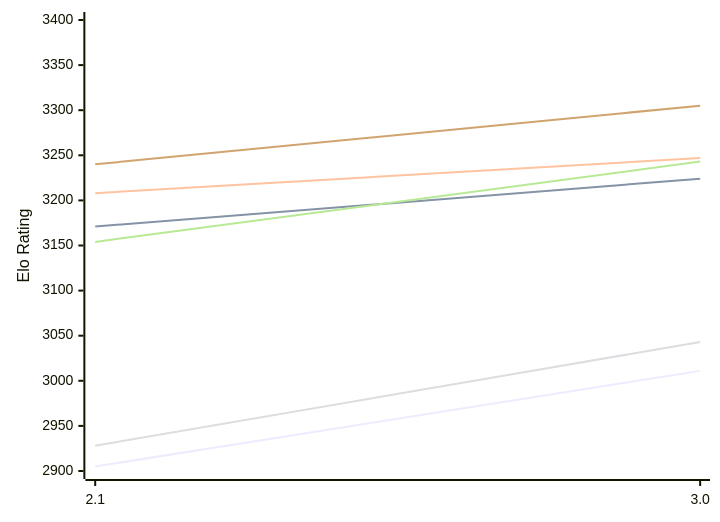
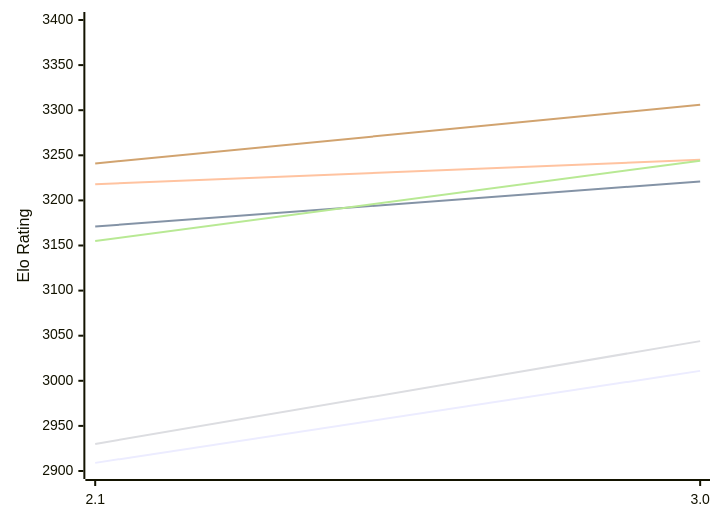
Before and after one commit to computer-chess-index/cci: the first of 2 diagrams in engines/Quirky.md, drawn with Mermaid. The commit also changed other lines of this file, not shown here.

Commit message:
Update CCI Ratings (ELO VLTC) - 2026-11-28

````diff
--- a/engines/Quirky.md
+++ b/engines/Quirky.md
@@ -50,12 +50,12 @@
 ```mermaid
 %%{init: {"theme":"base","themeVariables":{"seriesColors:['#a3a3a3','#222221','#faa371']}}}%%
 xychart-beta
   x-axis ["2.1", "3.0"]
   y-axis "Elo Rating" 2900 --> 3400
-  line "E1: STC (8.0+0.08s)" [2905, 3011]
-  line "E1: LTC (60.0+0.60s)" [3171, 3224]
-  line "E1: VLTC (2m24s+1.12s)" [3208, 3247]
-  line "P1: STC (8.0+0.08s)" [2928, 3043]
-  line "P1: LTC (60.0+0.60s)" [3154, 3243]
-  line "P1: VLTC (2m24s+1.12s)" [3240, 3305]
+  line "E1: STC (8.0+0.08s)" [2909, 3011]
+  line "E1: LTC (60.0+0.60s)" [3171, 3221]
+  line "E1: VLTC (2m24s+1.12s)" [3218, 3245]
+  line "P1: STC (8.0+0.08s)" [2930, 3044]
+  line "P1: LTC (60.0+0.60s)" [3155, 3244]
+  line "P1: VLTC (2m24s+1.12s)" [3241, 3306]
 ```
````
